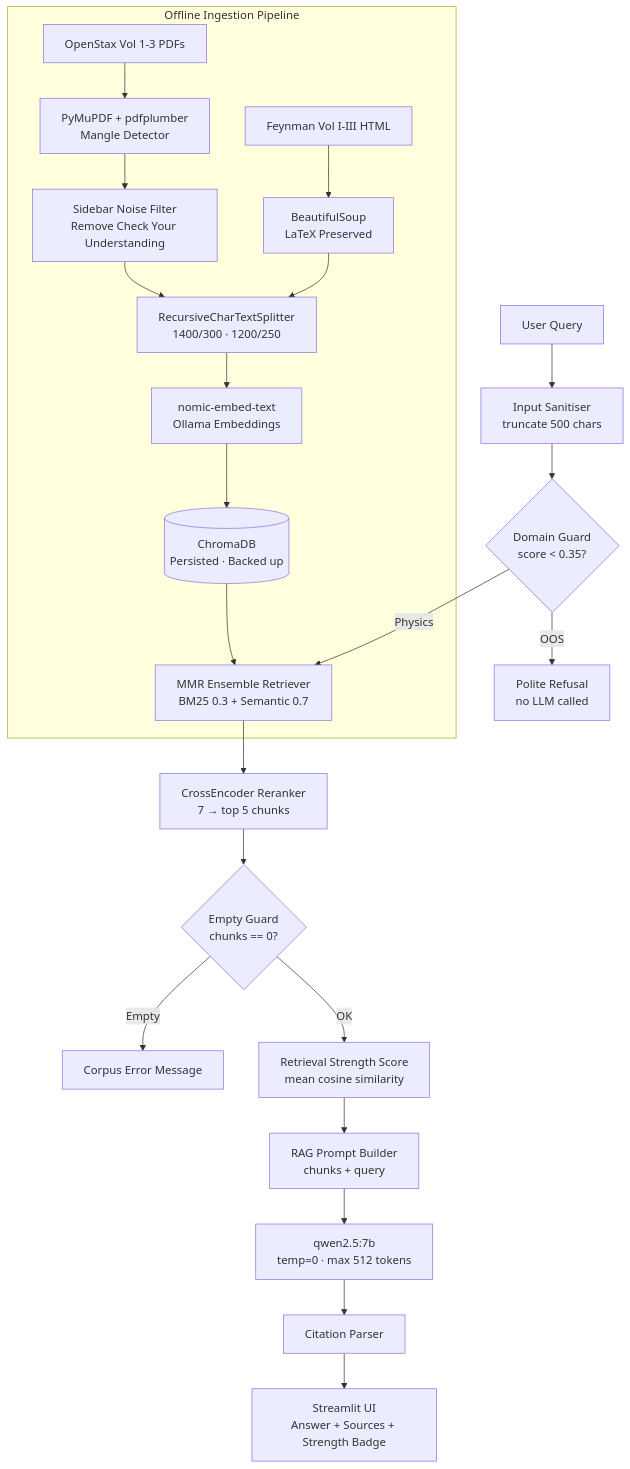
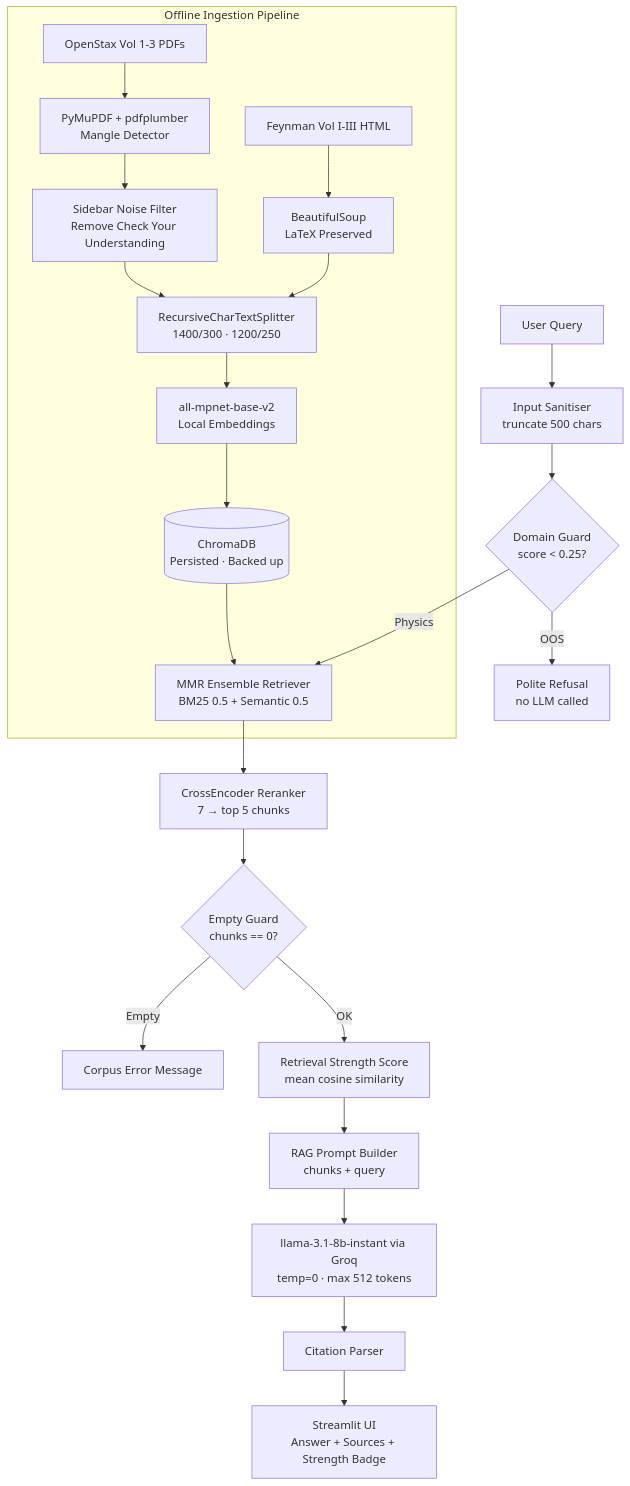
Before and after one commit to lezcore1-max/physics-rag-chatbot-web: the diagram in README.md, drawn with Mermaid. The commit also changed other lines of this file and 5 other files, not shown here.

````diff
--- a/README.md
+++ b/README.md
@@ -11,26 +11,26 @@
 ```mermaid
 flowchart TD
     A[User Query] --> B[Input Sanitiser\ntruncate 500 chars]
-    B --> C{Domain Guard\nscore < 0.35?}
+    B --> C{Domain Guard\nscore < 0.25?}
     C -- OOS --> D[Polite Refusal\nno LLM called]
-    C -- Physics --> E[MMR Ensemble Retriever\nBM25 0.3 + Semantic 0.7]
+    C -- Physics --> E[MMR Ensemble Retriever\nBM25 0.5 + Semantic 0.5]
     E --> F[CrossEncoder Reranker\n7 → top 5 chunks]
     F --> G{Empty Guard\nchunks == 0?}
     G -- Empty --> H[Corpus Error Message]
     G -- OK --> I[Retrieval Strength Score\nmean cosine similarity]
     I --> J[RAG Prompt Builder\nchunks + query]
-    J --> K[qwen2.5:7b\ntemp=0 · max 512 tokens]
+    J --> K[llama-3.1-8b-instant via Groq\ntemp=0 · max 512 tokens]
     K --> L[Citation Parser]
     L --> M[Streamlit UI\nAnswer + Sources + Strength Badge]
 
     subgraph Ingestion [Offline Ingestion Pipeline]
         N[OpenStax Vol 1-3 PDFs] --> P[PyMuPDF + pdfplumber\nMangle Detector]
         O[Feynman Vol I-III HTML] --> Q[BeautifulSoup\nLaTeX Preserved]
         P --> R[Sidebar Noise Filter\nRemove Check Your Understanding]
         R --> S[RecursiveCharTextSplitter\n1400/300 · 1200/250]
         Q --> S
-        S --> T[nomic-embed-text\nOllama Embeddings]
+        S --> T[all-mpnet-base-v2\nLocal Embeddings]
         T --> U[(ChromaDB\nPersisted · Backed up)]
         U --> E
     end
 ```
````
